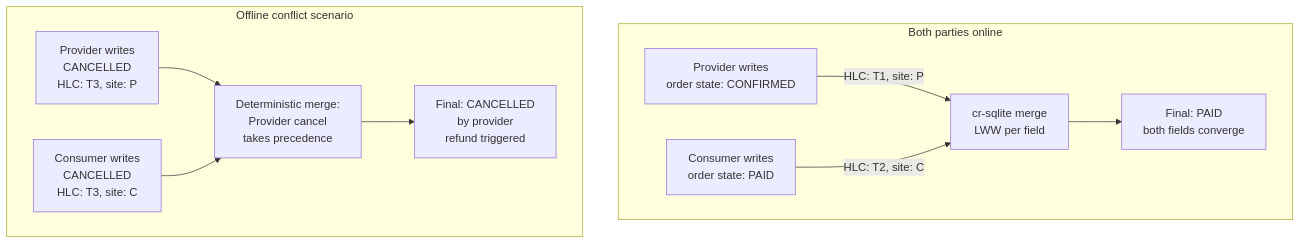
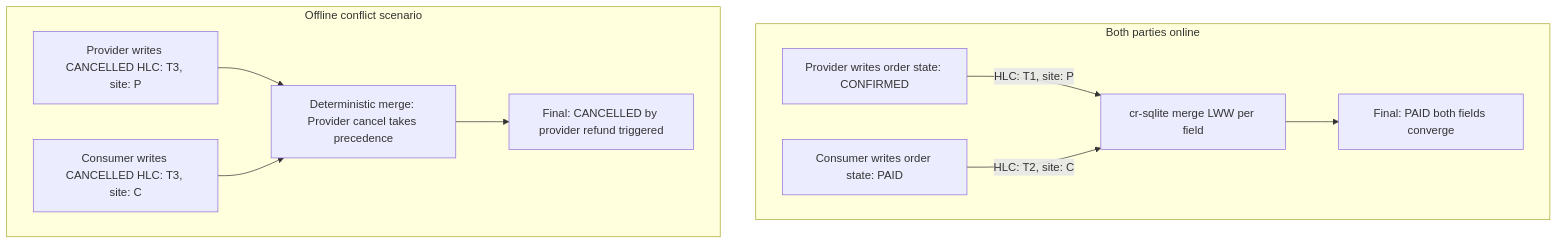
The eighth of 21 diagrams in docs/architecture.md (syneroym/syneroym), drawn with Mermaid before and after one commit. The commit also changed other lines of this file, not shown here.

````diff
--- a/docs/architecture.md
+++ b/docs/architecture.md
@@ -305,14 +304,14 @@
 ```mermaid
 flowchart TD
     subgraph ONLINE["Both parties online"]
-        A1[Provider writes\norder state: CONFIRMED] -->|"HLC: T1, site: P"| MERGE
-        B1[Consumer writes\norder state: PAID] -->|"HLC: T2, site: C"| MERGE
-        MERGE[cr-sqlite merge\nLWW per field] --> FINAL1[Final: PAID\nboth fields converge]
+        A1[Provider writes order state: CONFIRMED] -->|"HLC: T1, site: P"| MERGE
+        B1[Consumer writes order state: PAID] -->|"HLC: T2, site: C"| MERGE
+        MERGE[cr-sqlite merge LWW per field] --> FINAL1[Final: PAID both fields converge]
     end
 
     subgraph OFFLINE["Offline conflict scenario"]
-        A2[Provider writes\nCANCELLED\nHLC: T3, site: P] --> RECON
-        B2[Consumer writes\nCANCELLED\nHLC: T3, site: C] --> RECON
-        RECON[Deterministic merge:\nProvider cancel\ntakes precedence] --> FINAL2[Final: CANCELLED\nby provider\nrefund triggered]
+        A2[Provider writes CANCELLED HLC: T3, site: P] --> RECON
+        B2[Consumer writes CANCELLED HLC: T3, site: C] --> RECON
+        RECON[Deterministic merge: Provider cancel takes precedence] --> FINAL2[Final: CANCELLED by provider refund triggered]
     end
 ```
````
